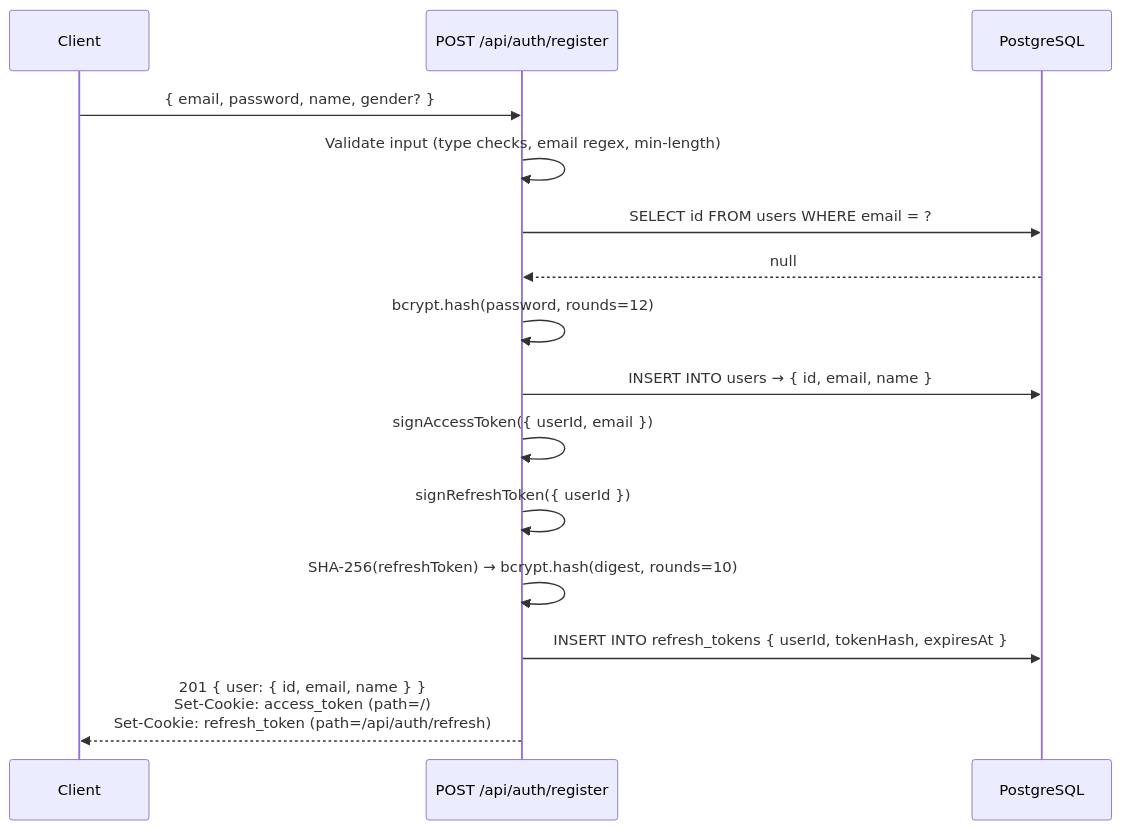
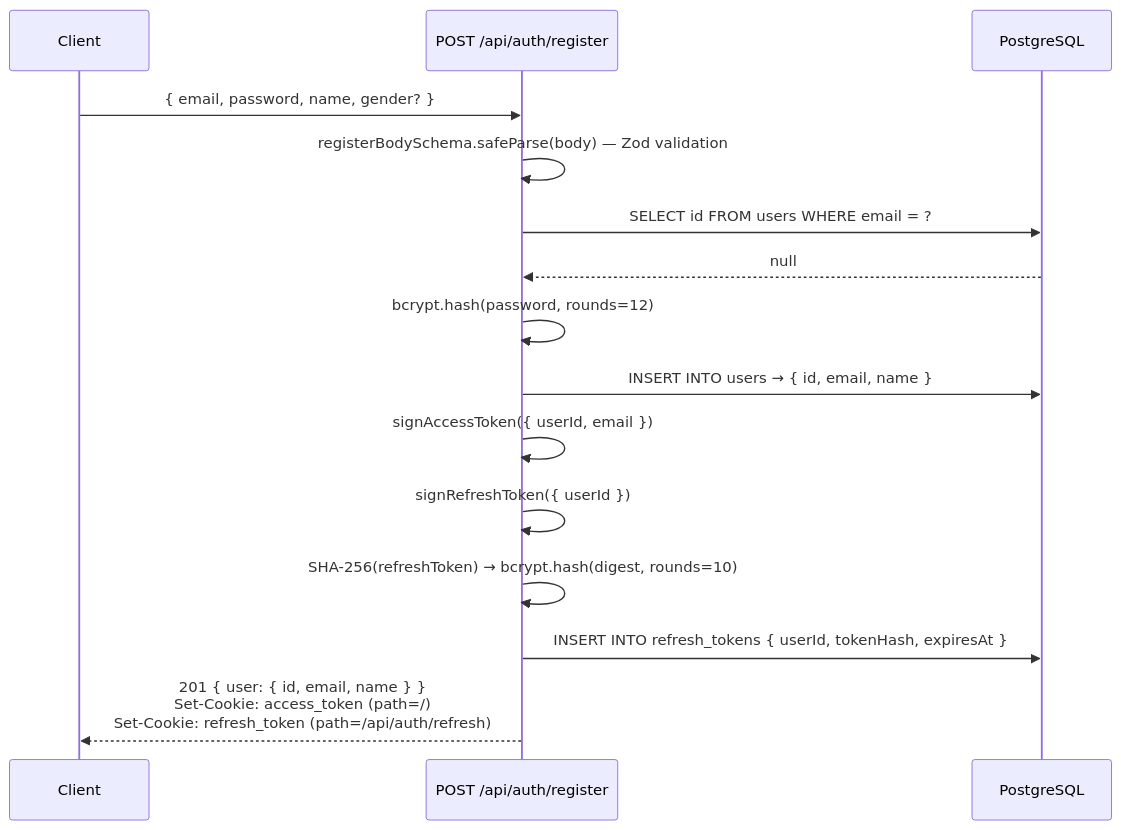
The second of 7 diagrams in docs/auth-architecture.md (kolya-mp19/kachok-kolya), drawn with Mermaid before and after one commit. The commit also changed other lines of this file and 10 other files, not shown here.

````diff
--- a/docs/auth-architecture.md
+++ b/docs/auth-architecture.md
@@ -132,18 +132,18 @@
 ```mermaid
 sequenceDiagram
     participant C as Client
     participant S as POST /api/auth/register
     participant DB as PostgreSQL
 
     C->>S: { email, password, name, gender? }
-    S->>S: Validate input (type checks, email regex, min-length)
+    S->>S: registerBodySchema.safeParse(body) — Zod validation
     S->>DB: SELECT id FROM users WHERE email = ?
     DB-->>S: null
     S->>S: bcrypt.hash(password, rounds=12)
     S->>DB: INSERT INTO users → { id, email, name }
     S->>S: signAccessToken({ userId, email })
     S->>S: signRefreshToken({ userId })
     S->>S: SHA-256(refreshToken) → bcrypt.hash(digest, rounds=10)
     S->>DB: INSERT INTO refresh_tokens { userId, tokenHash, expiresAt }
     S-->>C: 201 { user: { id, email, name } }<br>Set-Cookie: access_token (path=/)<br>Set-Cookie: refresh_token (path=/api/auth/refresh)
 ```
````
